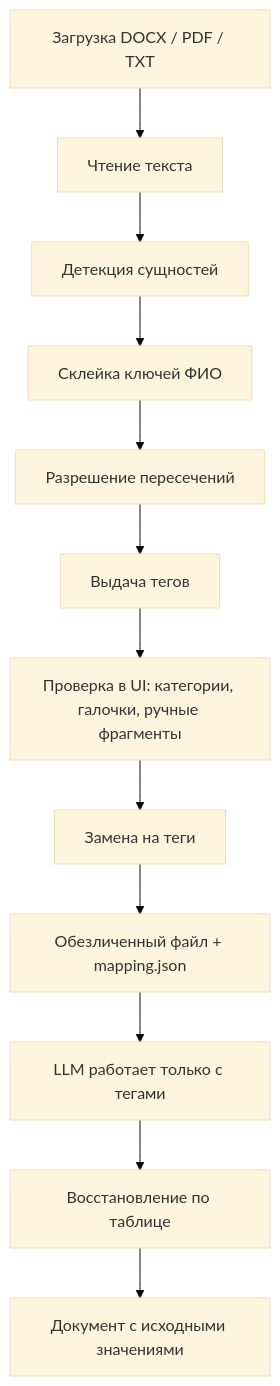
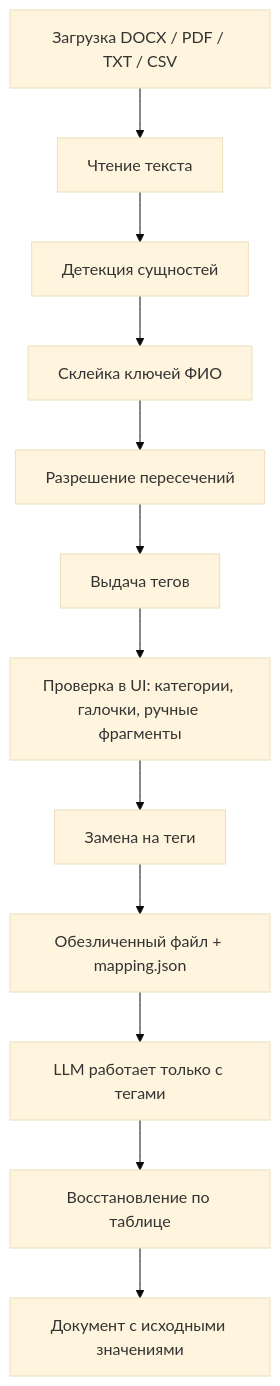
One commit to sweetd0vee/anonymizer changed the diagram in docs/pipeline.md. Above: the diagram before and after it, drawn with Mermaid (base theme). The commit also changed other lines of this file and 12 other files, not shown here.

````diff
--- a/docs/pipeline.md
+++ b/docs/pipeline.md
@@ -5,14 +5,14 @@
 ```mermaid
 flowchart TD
-  upload["Загрузка DOCX / PDF / TXT"] --> read["Чтение текста"]
+  upload["Загрузка DOCX / PDF / TXT / CSV"] --> read["Чтение текста"]
   read --> detect["Детекция сущностей"]
   detect --> merge["Склейка ключей ФИО"]
   merge --> overlap["Разрешение пересечений"]
   overlap --> tags["Выдача тегов"]
   tags --> review["Проверка в UI: категории, галочки, ручные фрагменты"]
   review --> replace["Замена на теги"]
   replace --> out["Обезличенный файл + mapping.json"]
   out --> llm["LLM работает только с тегами"]
   llm --> restore["Восстановление по таблице"]
   restore --> original["Документ с исходными значениями"]
 ```
````
